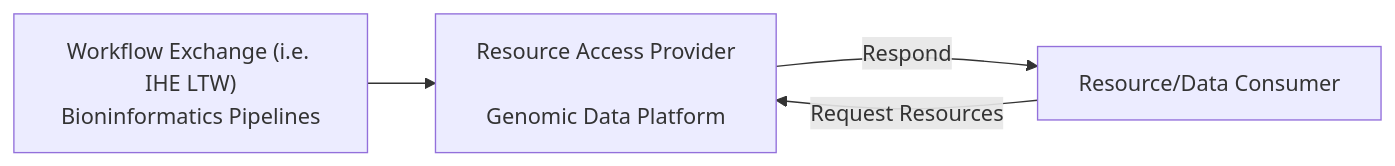
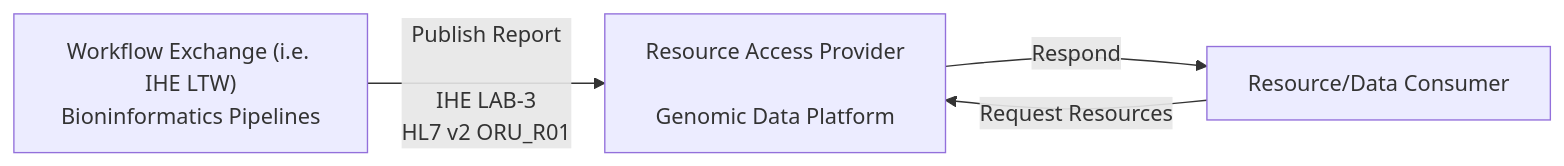
Before and after one commit to nw-gmsa/nw-gmsa.github.com: the third of 3 diagrams in input/pagecontent/HIE.md, drawn with Mermaid.

Commit message:
Added oid for Specialty.fsh

````diff
--- a/input/pagecontent/HIE.md
+++ b/input/pagecontent/HIE.md
@@ -86,11 +86,11 @@
 ```mermaid
 graph LR
 
-publisher["Workflow Exchange (i.e. IHE LTW)<br/>Bioninformatics Pipelines"]
-provider[Resource Access Provider<br/><br/>Genomic Data Platform]
-consumer[Resource/Data Consumer]
+  publisher["Workflow Exchange (i.e. IHE LTW)<br/>Bioninformatics Pipelines"]
+  provider[Resource Access Provider<br/><br/>Genomic Data Platform]
+  consumer[Resource/Data Consumer]
 
-publisher -->  provider
-consumer --> |Request Resources| provider
-provider --> |Respond| consumer
+  publisher --> |Publish Report<br/><br/>IHE LAB-3<br/>HL7 v2 ORU_R01| provider
+  consumer --> |Request Resources| provider
+  provider --> |Respond| consumer
 ```
````
